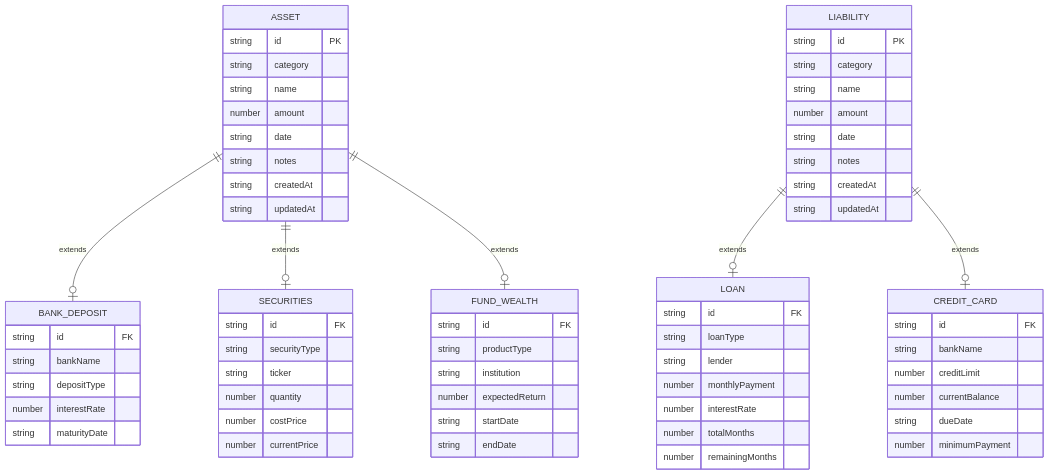
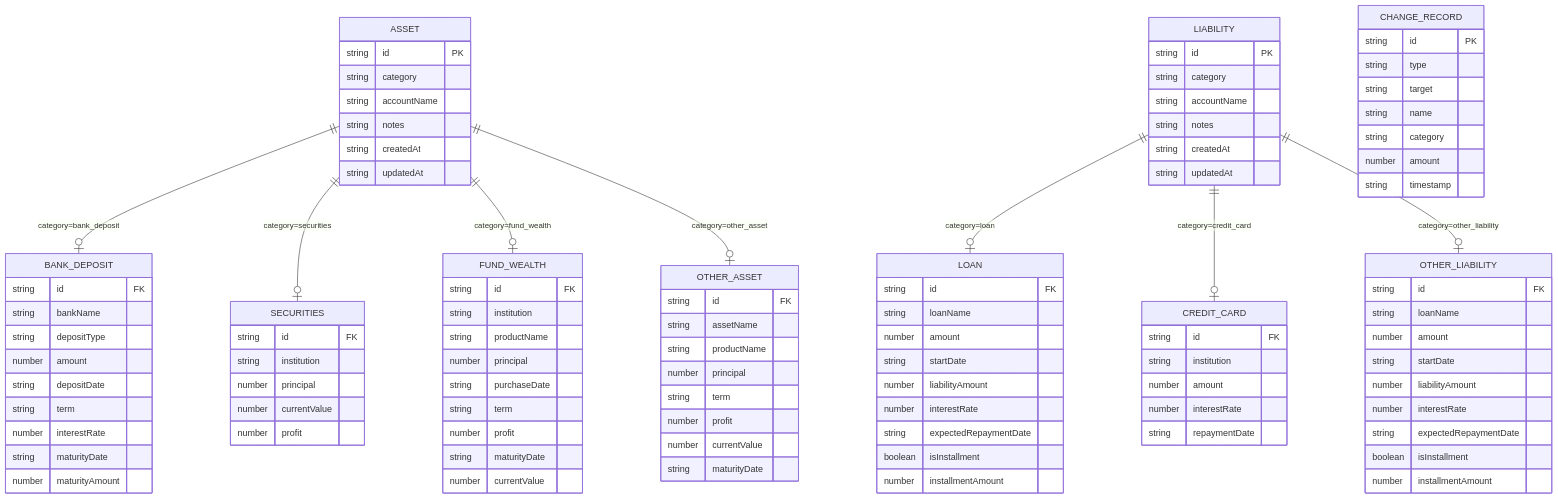
One commit to huangjf427/myCalculator changed the second of 2 diagrams in .trae/documents/tech-architecture.md. Above: the diagram before and after it, drawn with Mermaid. The commit also changed other lines of this file and 1 other file, not shown here.

````diff
--- a/.trae/documents/tech-architecture.md
+++ b/.trae/documents/tech-architecture.md
@@ -153,75 +258,114 @@
 ```mermaid
 erDiagram
+    ASSET ||--o| BANK_DEPOSIT : "category=bank_deposit"
+    ASSET ||--o| SECURITIES : "category=securities"
+    ASSET ||--o| FUND_WEALTH : "category=fund_wealth"
+    ASSET ||--o| OTHER_ASSET : "category=other_asset"
+
     ASSET {
         string id PK
         string category
-        string name
-        number amount
-        string date
+        string accountName
         string notes
         string createdAt
         string updatedAt
     }
-    
+
     BANK_DEPOSIT {
         string id FK
         string bankName
         string depositType
+        number amount
+        string depositDate
+        string term
         number interestRate
         string maturityDate
+        number maturityAmount
     }
-    
+
     SECURITIES {
         string id FK
-        string securityType
-        string ticker
-        number quantity
-        number costPrice
-        number currentPrice
+        string institution
+        number principal
+        number currentValue
+        number profit
     }
-    
+
     FUND_WEALTH {
         string id FK
-        string productType
         string institution
-        number expectedReturn
-        string startDate
-        string endDate
+        string productName
+        number principal
+        string purchaseDate
+        string term
+        number profit
+        string maturityDate
+        number currentValue
     }
-    
+
+    OTHER_ASSET {
+        string id FK
+        string assetName
+        string productName
+        number principal
+        string term
+        number profit
+        number currentValue
+        string maturityDate
+    }
+
+    LIABILITY ||--o| LOAN : "category=loan"
+    LIABILITY ||--o| CREDIT_CARD : "category=credit_card"
+    LIABILITY ||--o| OTHER_LIABILITY : "category=other_liability"
+
     LIABILITY {
         string id PK
         string category
-        string name
-        number amount
-        string date
+        string accountName
         string notes
         string createdAt
         string updatedAt
     }
-    
+
     LOAN {
         string id FK
-        string loanType
-        string lender
-        number monthlyPayment
+        string loanName
+        number amount
+        string startDate
+        number liabilityAmount
         number interestRate
-        number totalMonths
-        number remainingMonths
+        string expectedRepaymentDate
+        boolean isInstallment
+        number installmentAmount
     }
-    
+
     CREDIT_CARD {
         string id FK
-        string bankName
-        number creditLimit
-        number currentBalance
-        string dueDate
-        number minimumPayment
+        string institution
+        number amount
+        number interestRate
+        string repaymentDate
     }
-    
-    ASSET ||--o| BANK_DEPOSIT : "extends"
-    ASSET ||--o| SECURITIES : "extends"
-    ASSET ||--o| FUND_WEALTH : "extends"
-    LIABILITY ||--o| LOAN : "extends"
-    LIABILITY ||--o| CREDIT_CARD : "extends"
+
+    OTHER_LIABILITY {
+        string id FK
+        string loanName
+        number amount
+        string startDate
+        number liabilityAmount
+        number interestRate
+        string expectedRepaymentDate
+        boolean isInstallment
+        number installmentAmount
+    }
+
+    CHANGE_RECORD {
+        string id PK
+        string type
+        string target
+        string name
+        string category
+        number amount
+        string timestamp
+    }
 ```
````
